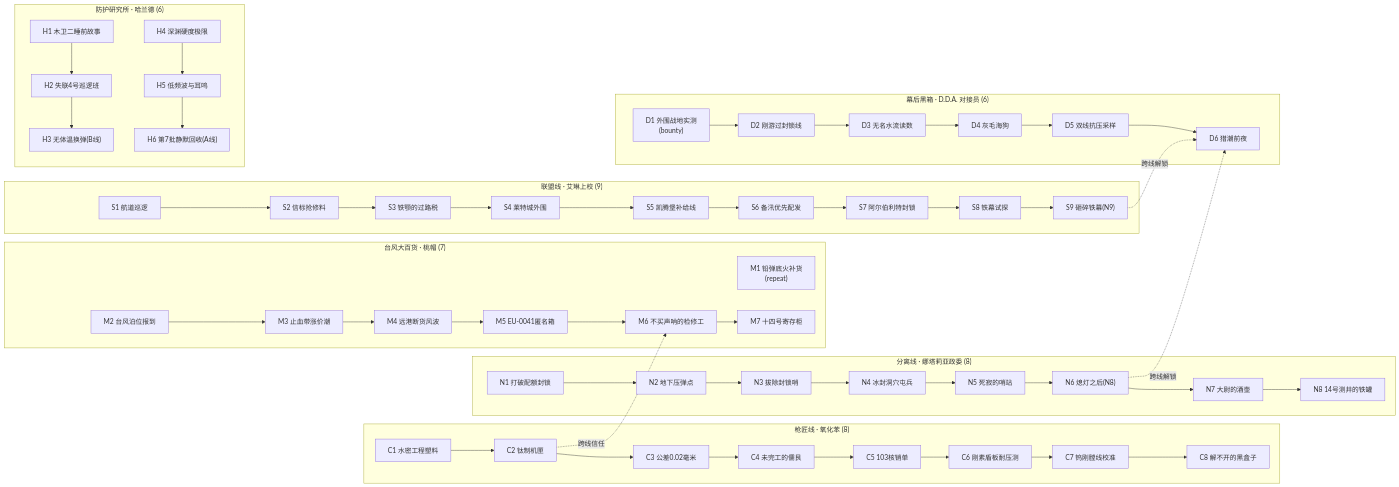
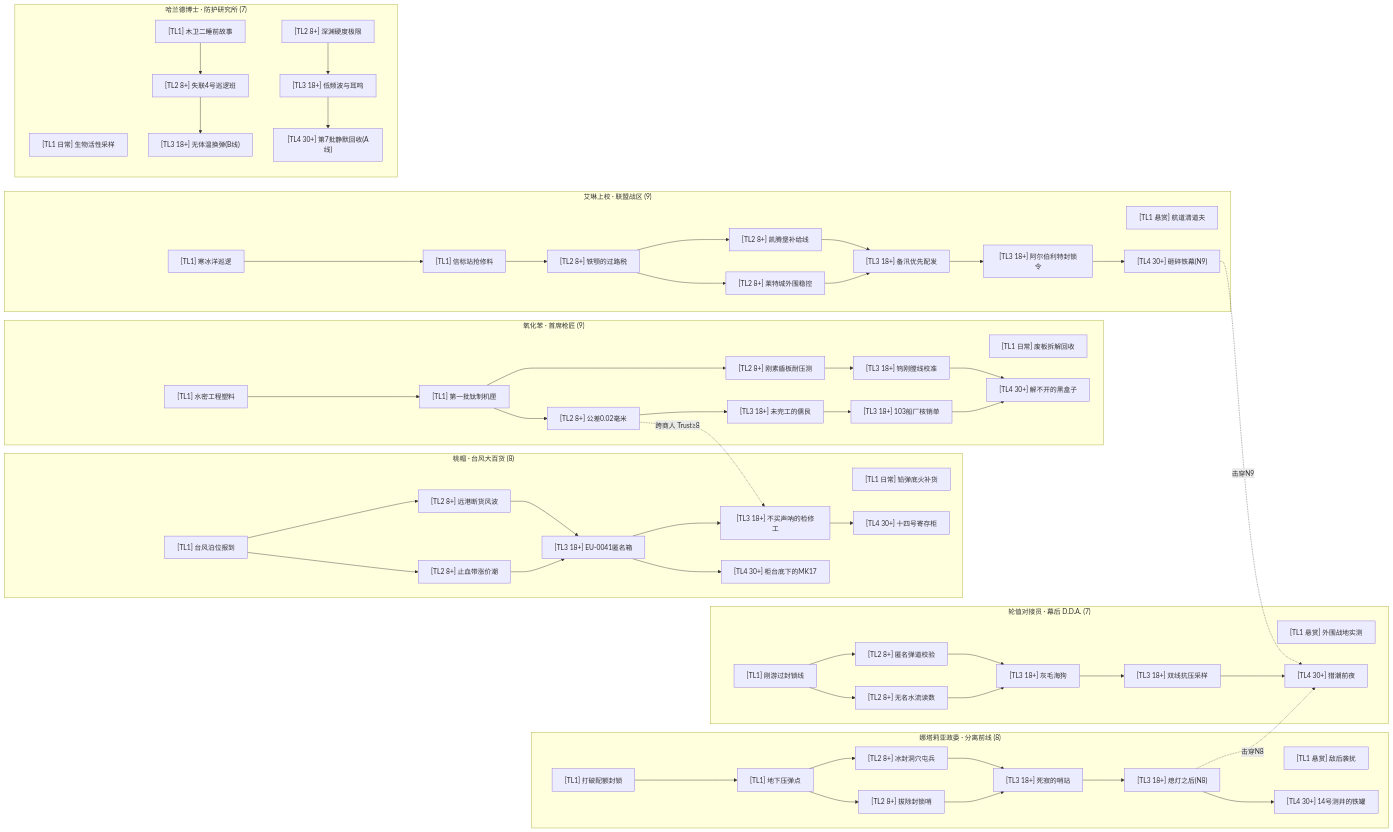
The diagram in docs/lore/DDA_Quest_Chain_Plan.md (Sherdrom/Deep-Diving-Armory), drawn with Mermaid before and after one commit. The commit also changed other lines of this file, not shown here.

````diff
--- a/docs/lore/DDA_Quest_Chain_Plan.md
+++ b/docs/lore/DDA_Quest_Chain_Plan.md
@@ -41,32 +53,68 @@
 ```mermaid
 flowchart LR
-    subgraph TY1["台风大百货 · 桃帽 (7)"]
-        M1["M1 铅弹底火补货<br/>(repeat)"]
-        M2["M2 台风泊位报到"] --> M3["M3 止血带涨价潮"] --> M4["M4 远港断货风波"] --> M5["M5 EU-0041匿名箱"] --> M6["M6 不买声呐的检修工"] --> M7["M7 十四号寄存柜"]
+    subgraph P["桃帽 · 台风大百货 (8)"]
+        P0["[TL1 日常] 铅弹底火补货"]
+        P1["[TL1] 台风泊位报到"] --> P2["[TL2 8+] 止血带涨价潮"]
+        P1 --> P3["[TL2 8+] 远港断货风波"]
+        P2 --> P4["[TL3 18+] EU-0041匿名箱"]
+        P3 --> P4
+        P4 --> P5["[TL3 18+] 不买声呐的检修工"]
+        P5 --> P6["[TL4 30+] 十四号寄存柜"]
+        P4 --> P7["[TL4 30+] 柜台底下的MK17"]
     end
 
-    subgraph TY2["枪匠线 · 氧化苯 (8)"]
-        C1["C1 水密工程塑料"] --> C2["C2 钛制机匣"] --> C3["C3 公差0.02毫米"] --> C4["C4 未完工的儒艮"] --> C5["C5 103核销单"] --> C6["C6 刚素盾板耐压测"] --> C7["C7 钨刚膛线校准"] --> C8["C8 解不开的黑盒子"]
+    subgraph B["氧化苯 · 首席枪匠 (9)"]
+        B0["[TL1 日常] 废板拆解回收"]
+        B1["[TL1] 水密工程塑料"] --> B2["[TL1] 第一批钛制机匣"]
+        B2 --> B3["[TL2 8+] 公差0.02毫米"]
+        B2 --> B4["[TL2 8+] 刚素盾板耐压测"]
+        B3 --> B5["[TL3 18+] 未完工的儒艮"]
+        B5 --> B6["[TL3 18+] 103船厂核销单"]
+        B4 --> B7["[TL3 18+] 钨刚膛线校准"]
+        B6 --> B8["[TL4 30+] 解不开的黑盒子"]
+        B7 --> B8
     end
 
-    subgraph CO["联盟线 · 艾琳上校 (9)"]
-        S1["S1 航道巡逻"] --> S2["S2 信标抢修料"] --> S3["S3 铁颚的过路税"] --> S4["S4 莱特城外围"] --> S5["S5 凯腾堡补给线"] --> S6["S6 备汛优先配发"] --> S7["S7 阿尔伯利特封锁"] --> S8["S8 铁幕试探"] --> S9["S9 砸碎铁幕(N9)"]
+    subgraph CO["艾琳上校 · 联盟战区 (9)"]
+        S0["[TL1 悬赏] 航道清道夫"]
+        S1["[TL1] 寒冰洋巡逻"] --> S2["[TL1] 信标站抢修料"]
+        S2 --> S3["[TL2 8+] 铁颚的过路税"]
+        S3 --> S4["[TL2 8+] 莱特城外围稳控"]
+        S3 --> S5["[TL2 8+] 凯腾堡补给线"]
+        S4 --> S6["[TL3 18+] 备汛优先配发"]
+        S5 --> S6
+        S6 --> S7["[TL3 18+] 阿尔伯利特封锁令"]
+        S7 --> S8["[TL4 30+] 砸碎铁幕(N9)"]
     end
 
-    subgraph SP["分离线 · 娜塔莉亚政委 (8)"]
-        N1["N1 打破配额封锁"] --> N2["N2 地下压弹点"] --> N3["N3 拔除封锁哨"] --> N4["N4 冰封洞穴屯兵"] --> N5["N5 死寂的哨站"] --> N6["N6 熄灯之后(N8)"] --> N7["N7 大尉的酒壶"] --> N8["N8 14号测井的铁罐"]
+    subgraph SP["娜塔莉亚政委 · 分离前线 (8)"]
+        N0["[TL1 悬赏] 敌后袭扰"]
+        N1["[TL1] 打破配额封锁"] --> N2["[TL1] 地下压弹点"]
+        N2 --> N3["[TL2 8+] 拔除封锁哨"]
+        N2 --> N4["[TL2 8+] 冰封洞穴屯兵"]
+        N3 --> N5["[TL3 18+] 死寂的哨站"]
+        N4 --> N5
+        N5 --> N6["[TL3 18+] 熄灯之后(N8)"]
+        N6 --> N7["[TL4 30+] 14号测井的铁罐"]
     end
 
-    subgraph RE["防护研究所 · 哈兰德 (6)"]
-        H1["H1 木卫二睡前故事"] --> H2["H2 失联4号巡逻班"] --> H3["H3 无体温换弹(B线)"]
-        H4["H4 深渊硬度极限"] --> H5["H5 低频波与耳鸣"] --> H6["H6 第7批静默回收(A线)"]
+    subgraph RE["哈兰德博士 · 防护研究所 (7)"]
+        H0["[TL1 日常] 生物活性采样"]
+        H1["[TL1] 木卫二睡前故事"] --> H2["[TL2 8+] 失联4号巡逻班"] --> H3["[TL3 18+] 无体温换弹(B线)"]
+        H4["[TL2 8+] 深渊硬度极限"] --> H5["[TL3 18+] 低频波与耳鸣"] --> H6["[TL4 30+] 第7批静默回收(A线)"]
     end
 
-    subgraph DDA["幕后黑箱 · D.D.A. 对接员 (6)"]
-        D1["D1 外围战地实测<br/>(bounty)"] --> D2["D2 刚游过封锁线"] --> D3["D3 无名水流读数"] --> D4["D4 灰毛海狗"] --> D5["D5 双线抗压采样"] --> D6["D6 猎潮前夜"]
+    subgraph DDA["轮值对接员 · 幕后 D.D.A. (7)"]
+        D0["[TL1 悬赏] 外围战地实测"]
+        D1["[TL1] 刚游过封锁线"] --> D2["[TL2 8+] 无名水流读数"]
+        D1 --> D3["[TL2 8+] 匿名弹道校验"]
+        D2 --> D4["[TL3 18+] 灰毛海狗"]
+        D3 --> D4
+        D4 --> D5["[TL3 18+] 双线抗压采样"]
+        D5 --> D6["[TL4 30+] 猎潮前夜"]
     end
 
-    C2 -.->|"跨线信任"| M6
-    N6 -.->|"跨线解锁"| D6
-    S9 -.->|"跨线解锁"| D6
+    B3 -.->|"跨商人 Trust≥8"| P5
+    N6 -.->|"击穿N8"| D6
+    S8 -.->|"击穿N9"| D6
 ```
````
